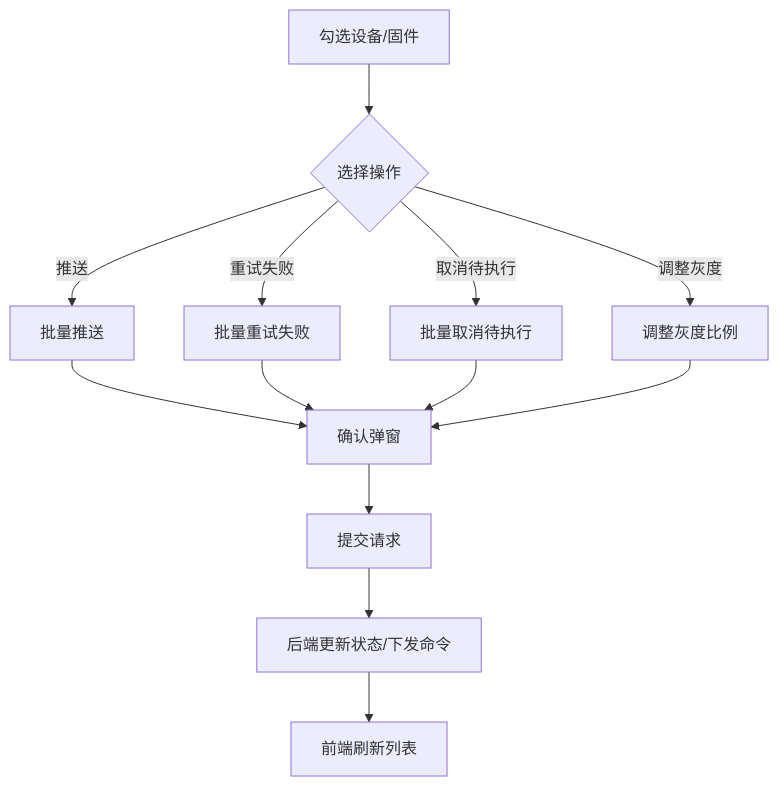
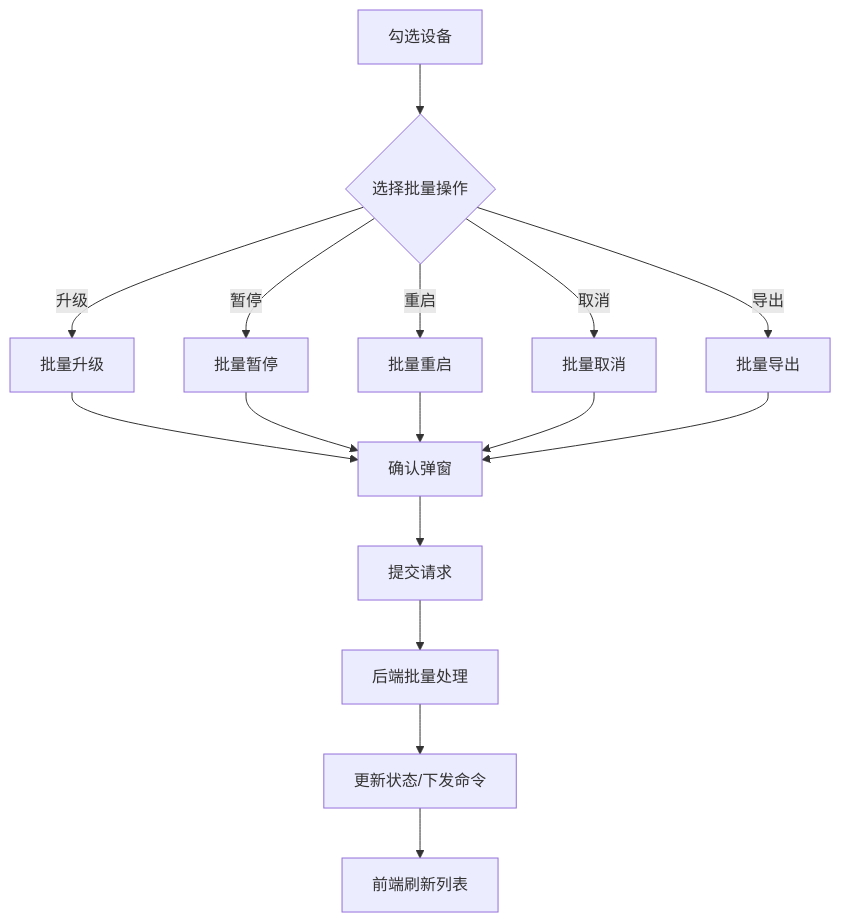
The fifth of 6 diagrams in .qoder/repowiki/zh/content/OTA升级系统/OTA任务调度/OTA任务管理.md (mcmrzy/cs_inv_monitor-develop), drawn with Mermaid before and after one commit. The commit also changed other lines of this file and 128 other files, not shown here.

````diff
--- a/.qoder/repowiki/zh/content/OTA升级系统/OTA任务调度/OTA任务管理.md
+++ b/.qoder/repowiki/zh/content/OTA升级系统/OTA任务调度/OTA任务管理.md
@@ -196,15 +212,18 @@
 ```mermaid
 flowchart TD
-Select["勾选设备/固件"] --> Action{"选择操作"}
-Action --> |推送| BatchPush["批量推送"]
-Action --> |重试失败| BatchRetry["批量重试失败"]
-Action --> |取消待执行| BatchCancel["批量取消待执行"]
-Action --> |调整灰度| AdjustRollout["调整灰度比例"]
-BatchPush --> Confirm["确认弹窗"]
-BatchRetry --> Confirm
+Select["勾选设备"] --> Action{"选择批量操作"}
+Action --> |升级| BatchUpgrade["批量升级"]
+Action --> |暂停| BatchPause["批量暂停"]
+Action --> |重启| BatchRestart["批量重启"]
+Action --> |取消| BatchCancel["批量取消"]
+Action --> |导出| BatchExport["批量导出"]
+BatchUpgrade --> Confirm["确认弹窗"]
+BatchPause --> Confirm
+BatchRestart --> Confirm
 BatchCancel --> Confirm
-AdjustRollout --> Confirm
+BatchExport --> Confirm
 Confirm --> Submit["提交请求"]
-Submit --> Update["后端更新状态/下发命令"]
+Submit --> Process["后端批量处理"]
+Process --> Update["更新状态/下发命令"]
 Update --> Refresh["前端刷新列表"]
 ```
````
